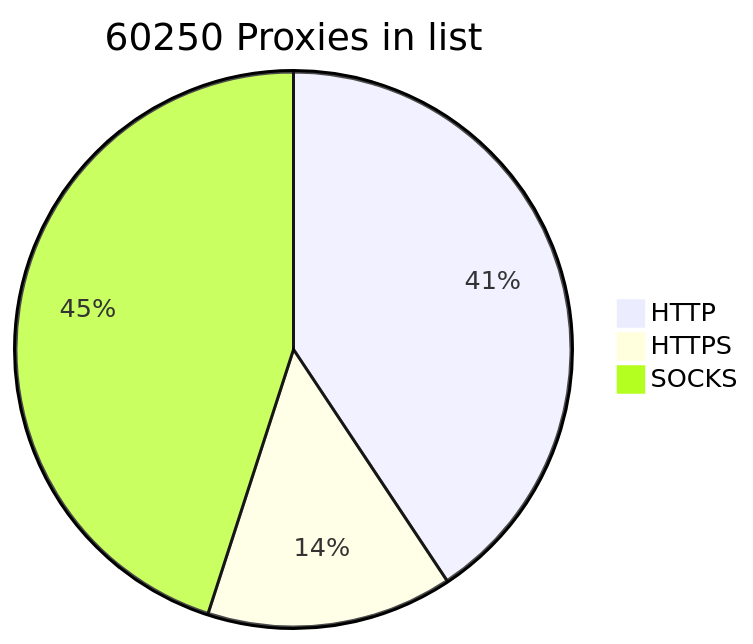
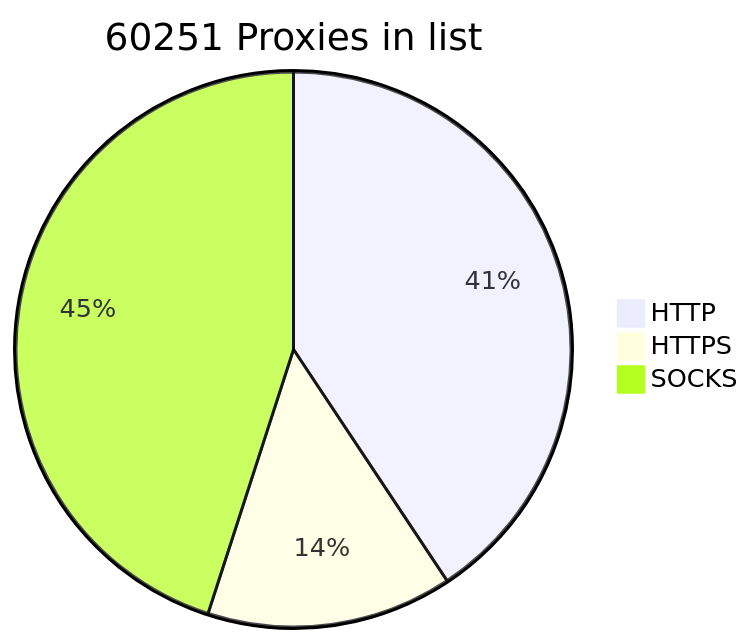
The diagram in README.md (BlackSnowDot/proxylist-update-every-minute), drawn with Mermaid before and after one commit.

````diff
--- a/README.md
+++ b/README.md
@@ -2,6 +2,6 @@
 ```mermaid
-pie title 60250 Proxies in list
-    "HTTP" : 27710
-    "HTTPS": 9748
+pie title 60251 Proxies in list
+    "HTTP" : 27711
+    "HTTPS": 9749
     "SOCKS" : 30670
 ```
````
